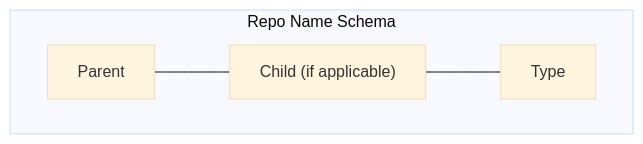
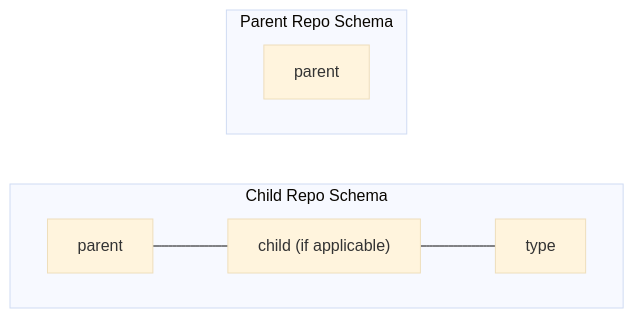
Before and after one commit to balena-io-hardware/meta-hardwareProcess-doc: the first of 2 diagrams in docs/02-product-naming-strategy.md, drawn with Mermaid (base theme). The commit also changed other lines of this file, not shown here.

First line of the commit message:
Adjusted naming schema for camelCase

````diff
--- a/docs/02-product-naming-strategy.md
+++ b/docs/02-product-naming-strategy.md
@@ -14,8 +15,13 @@
 ```mermaid
 flowchart LR
 
-    subgraph Repo Name Schema 
+    subgraph Child Repo Schema
         direction LR
-        Parent --- A["Child<br\> (if applicable)"] --- Type
+        parent --- B["child<br\> (if applicable)"] --- type
+    end
+
+    subgraph Parent Repo Schema
+        direction LR
+        F[parent]
     end
 ```
````
